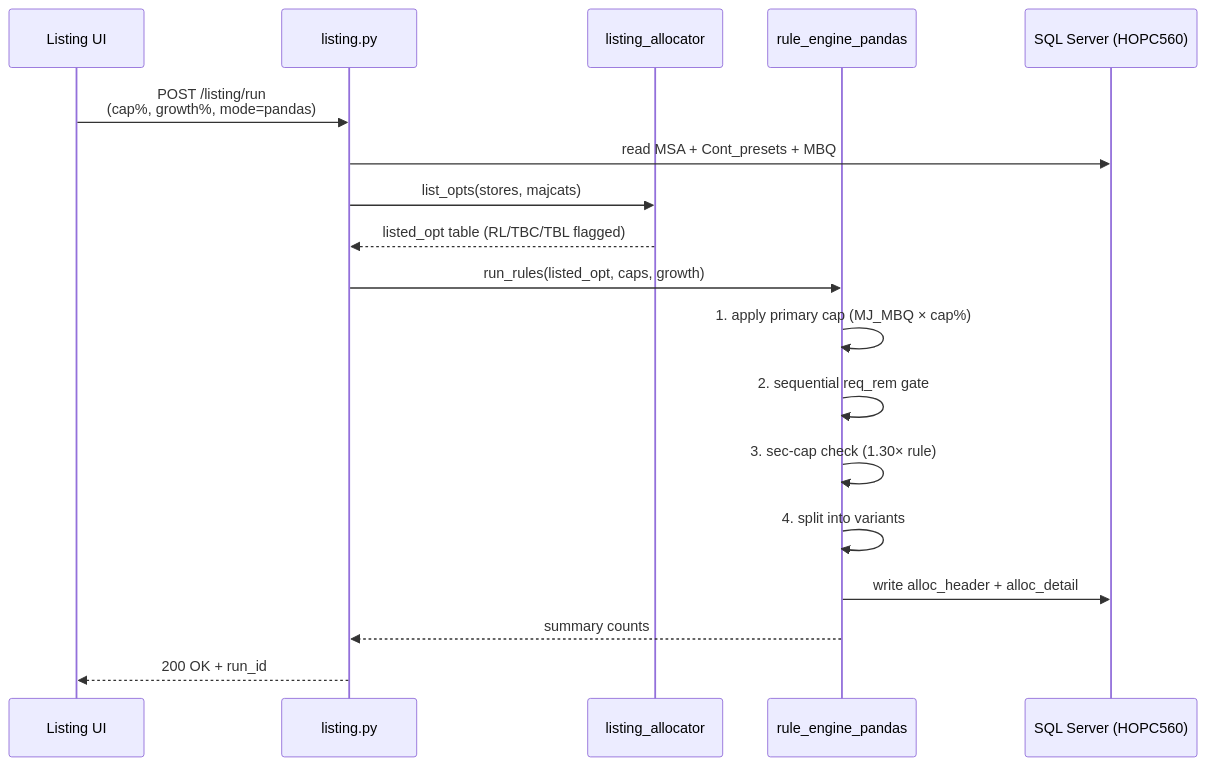
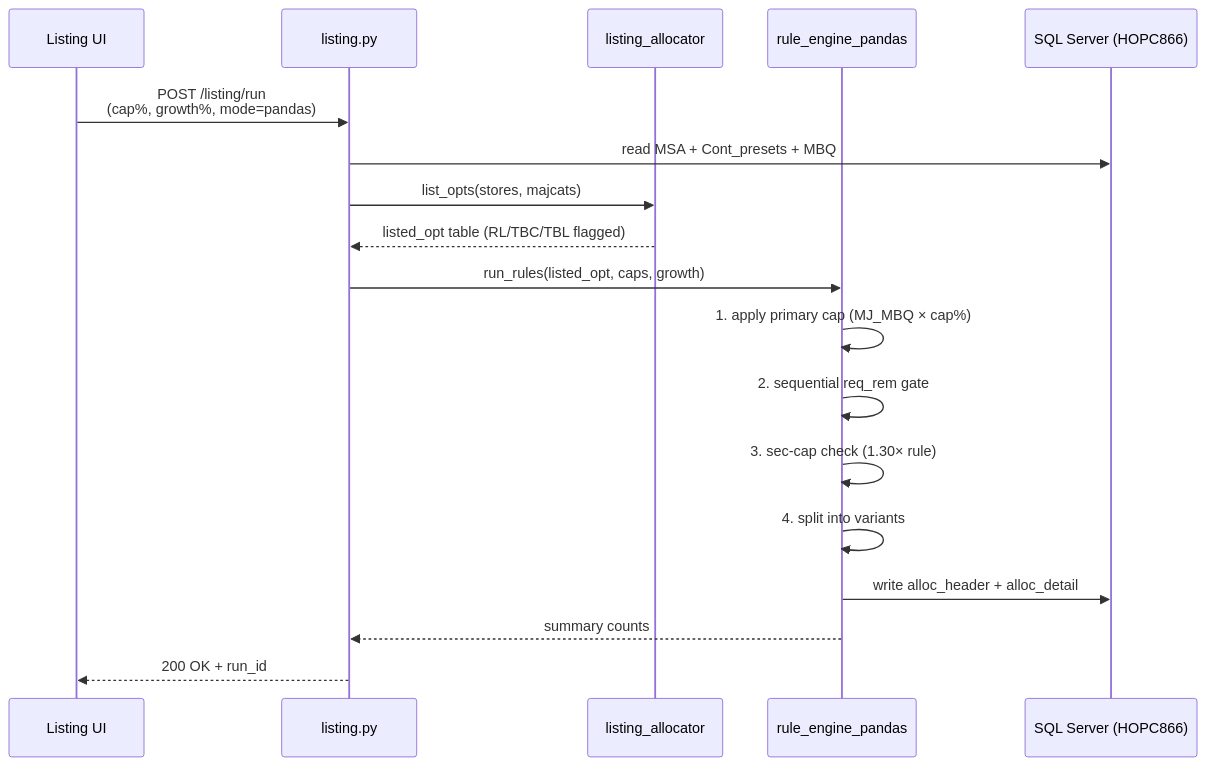
Before and after one commit to harshalanand/ars_prod: the second of 2 diagrams in frontend/public/docs/process/workflow.md, drawn with Mermaid. The commit also changed 9 other files, not shown here.

First line of the commit message:
chore: rename local SQL Server references HOPC560 → HOPC866

````diff
--- a/frontend/public/docs/process/workflow.md
+++ b/frontend/public/docs/process/workflow.md
@@ -85,21 +85,21 @@
 ```mermaid
 sequenceDiagram
   participant UI as Listing UI
   participant API as listing.py
   participant LST as listing_allocator
   participant RUL as rule_engine_pandas
-  participant DB as SQL Server (HOPC560)
+  participant DB as SQL Server (HOPC866)
 
   UI->>API: POST /listing/run<br/>(cap%, growth%, mode=pandas)
   API->>DB: read MSA + Cont_presets + MBQ
   API->>LST: list_opts(stores, majcats)
   LST-->>API: listed_opt table (RL/TBC/TBL flagged)
   API->>RUL: run_rules(listed_opt, caps, growth)
   RUL->>RUL: 1. apply primary cap (MJ_MBQ × cap%)
   RUL->>RUL: 2. sequential req_rem gate
   RUL->>RUL: 3. sec-cap check (1.30× rule)
   RUL->>RUL: 4. split into variants
   RUL->>DB: write alloc_header + alloc_detail
   RUL-->>API: summary counts
   API-->>UI: 200 OK + run_id
 ```
````
